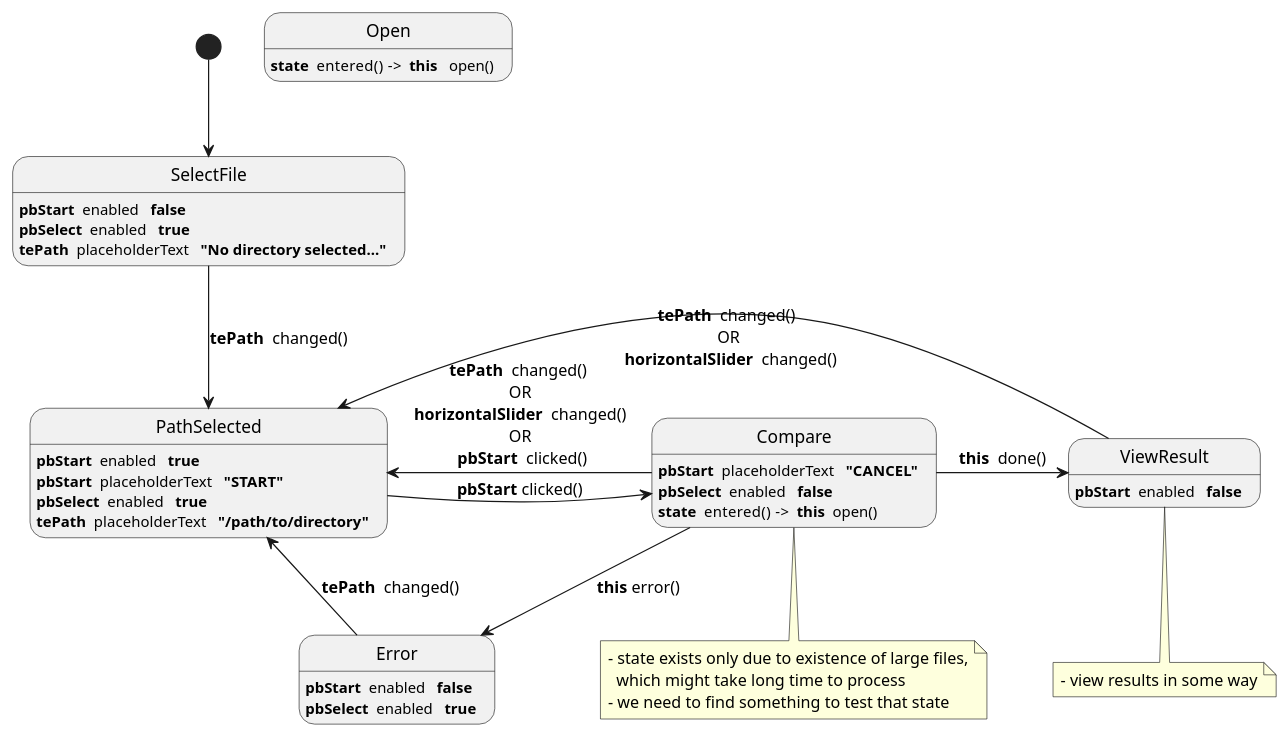
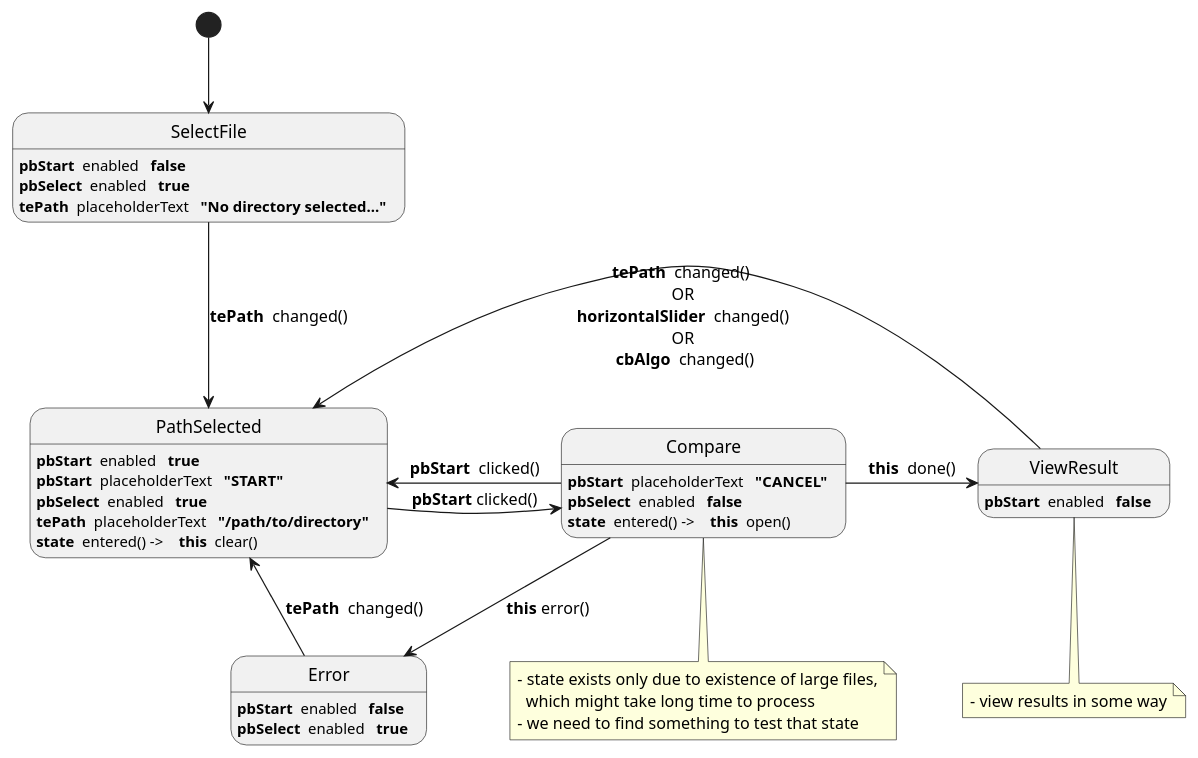
One commit to hamza95525/plagiarismDetection changed the diagram in uml/app02.puml. Above: the diagram before and after it, drawn with PlantUML. The commit also changed 8 other files, not shown here.

```diff
--- a/uml/app02.puml
+++ b/uml/app02.puml
@@ -1,52 +1,52 @@
 @startuml
 
 
 'FileSelected -up FileSelected : <b>pbSelect</b> clicked(bool)
 'NoFileSelected -down NoFileSelected : pbSelect clicked(bool)
 
 [*] -down-> SelectFile
 SelectFile -down-> PathSelected : <b>tePath</b>  changed()
 Error -down-> PathSelected : <b>tePath</b>  changed()
 PathSelected -right-> Compare : <b>pbStart</b> clicked()
 'Open -right-> Compare : <b>this</b> opened()
 Compare -down-> Error : <b>this</b> error()
-Compare -left-> PathSelected : <b>tePath</b>  changed() \n OR \n <b>horizontalSlider</b>  changed() \nOR\n <b>pbStart</b>  clicked()
+Compare -left-> PathSelected : <b>pbStart</b>  clicked()
 Compare -right-> ViewResult : <b>this</b>  done()
-ViewResult -left-> PathSelected : <b>tePath</b>  changed() \n OR \n <b>horizontalSlider</b>  changed()
+ViewResult -left-> PathSelected : <b>tePath</b>  changed() \n OR \n <b>horizontalSlider</b>  changed() \n OR \n <b>cbAlgo</b>  changed()
 
 
 SelectFile: <b>pbStart</b>  enabled  <b> false</b>
 SelectFile: <b>pbSelect</b>  enabled  <b> true</b>
 SelectFile: <b>tePath</b>  placeholderText  <b> "No directory selected..."</b>
 
 PathSelected: <b>pbStart</b>  enabled  <b> true</b>
 PathSelected: <b>pbStart</b>  placeholderText  <b> "START"</b>
 PathSelected: <b>pbSelect</b>  enabled  <b> true</b>
 PathSelected: <b>tePath</b>  placeholderText  <b> "/path/to/directory"</b>
+PathSelected: <b>state</b>  entered() ->    <b>this</b>  clear()
 
-Open: <b>state</b>  entered()  ->  <b>this</b>   open()
 Compare: <b>pbStart</b>  placeholderText  <b> "CANCEL"</b>
 Compare: <b>pbSelect</b>  enabled  <b> false</b>
-Compare: <b>state</b>  entered()  ->  <b>this</b>  open()
+Compare: <b>state</b>  entered() ->    <b>this</b>  open()
 
 Error: <b>pbStart</b>  enabled  <b> false</b>
 Error: <b>pbSelect</b>  enabled  <b> true</b>
 'Error: <b>tePath</b>  placeholderText  <b> "Wrong path or permissions!"</b>
 
 'Compare: <b>pbStart</b>  enabled  <b> true</b>
 
 
 ViewResult: <b>pbStart</b>  enabled  <b> false</b>
 
 note bottom of ViewResult
     - view results in some way
 end note
 
 note bottom of Compare
     - state exists only due to existence of large files,
       which might take long time to process
     - we need to find something to test that state
 end note
 'Result: <b>pbStart</b>  placeholderText  <b> "START"</b>
 
 @enduml
```
